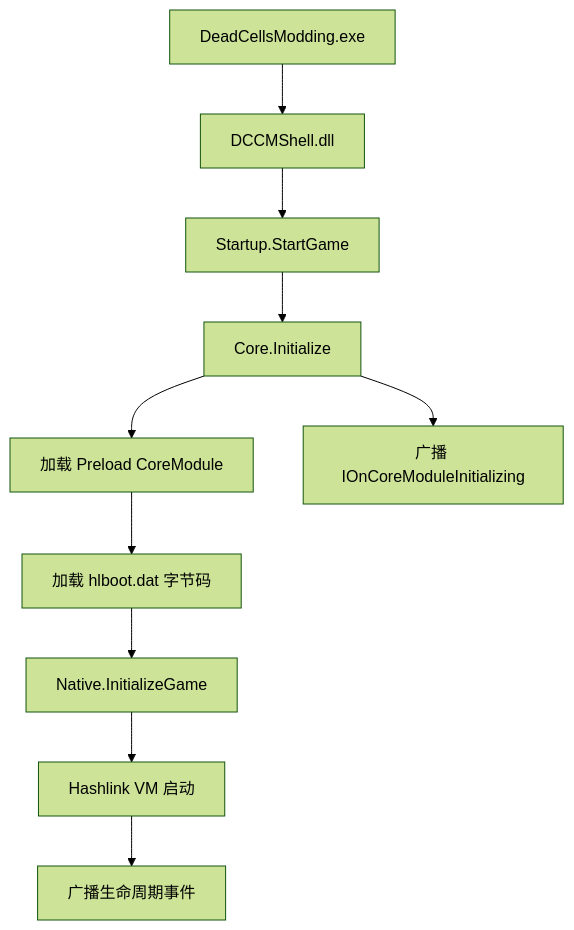
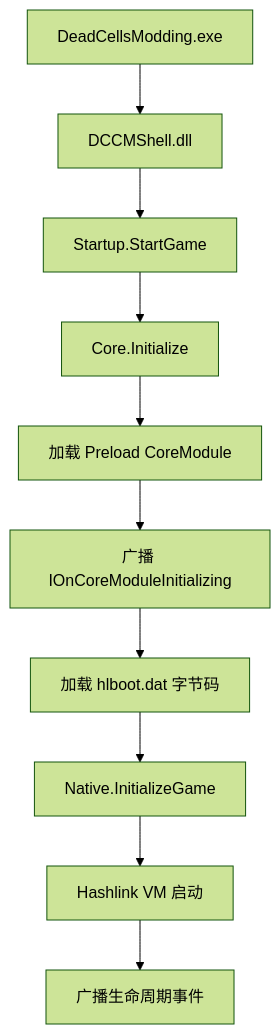
Before and after one commit to dead-cells-core-modding/docs: the diagram in i18n/zh/docusaurus-plugin-content-docs/current/dev/architecture.md, drawn with Mermaid (forest theme). The commit also changed other lines of this file and 33 other files, not shown here.

````diff
--- a/i18n/zh/docusaurus-plugin-content-docs/current/dev/architecture.md
+++ b/i18n/zh/docusaurus-plugin-content-docs/current/dev/architecture.md
@@ -11,12 +11,12 @@
 ```mermaid
 flowchart TD
     A[DeadCellsModding.exe] --> B[DCCMShell.dll]
     B --> C[Startup.StartGame]
     C --> D[Core.Initialize]
     D --> E[加载 Preload CoreModule]
-    D --> F[广播 IOnCoreModuleInitializing]
-    E --> G[加载 hlboot.dat 字节码]
+    E --> F[广播 IOnCoreModuleInitializing]
+    F --> G[加载 hlboot.dat 字节码]
     G --> H[Native.InitializeGame]
     H --> I[Hashlink VM 启动]
     I --> J[广播生命周期事件]
 ```
````
